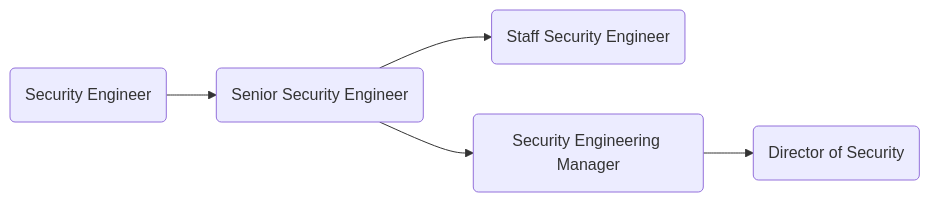
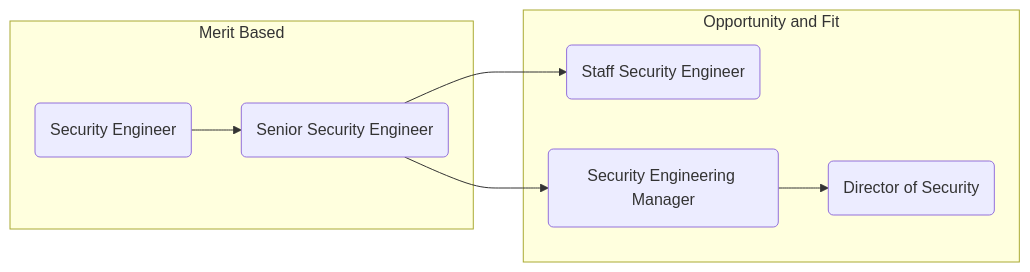
One commit to secretstartups/handbook changed the second of 6 diagrams in career-development/index.html.md. Above: the diagram before and after it, drawn with Mermaid. The commit also changed other lines of this file, not shown here.

Commit message:
Added subgraphs to all mermaid diagrams

````diff
--- a/career-development/index.html.md
+++ b/career-development/index.html.md
@@ -172,13 +179,18 @@
 ```mermaid
   graph LR;
-  sec:se(Security Engineer)-->sec:sse(Senior Security Engineer);
-  sec:sse(Senior Security Engineer)-->sec:stse(Staff Security Engineer);
-  sec:sse(Senior Security Engineer)-->sec:sem(Security Engineering Manager);
-  sec:sem(Security Engineering Manager)-->sec:ds(Director of Security);
+  
+  subgraph Merit Based
+    sec:se(Security Engineer)-->sec:sse(Senior Security Engineer);
+  end
+  subgraph Opportunity and Fit
+    sec:sse(Senior Security Engineer)-->sec:stse(Staff Security Engineer);
+    sec:sse(Senior Security Engineer)-->sec:sem(Security Engineering Manager);
+    sec:sem(Security Engineering Manager)-->sec:ds(Director of Security);
+  end
 
   click sec:se "/job-families/engineering/security-engineer/#intermediate-security-engineer";
   click sec:sse "/job-families/engineering/security-engineer/#senior-security-engineer";
   click sec:stse "/job-families/engineering/security-engineer/#staff-security-engineer";
   click sec:sem "/job-families/engineering/security-management#security-engineering-manager";
   click sec:ds "/job-families/engineering/security-management#director-of-security";
 ```
````
